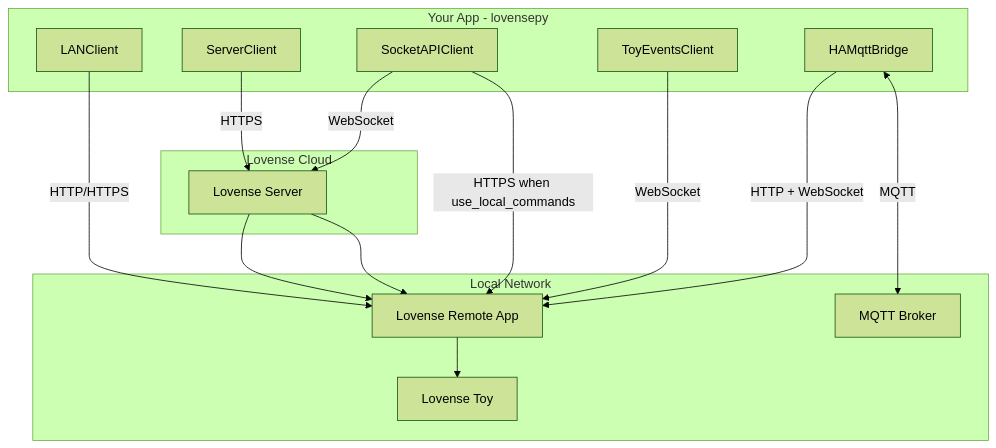
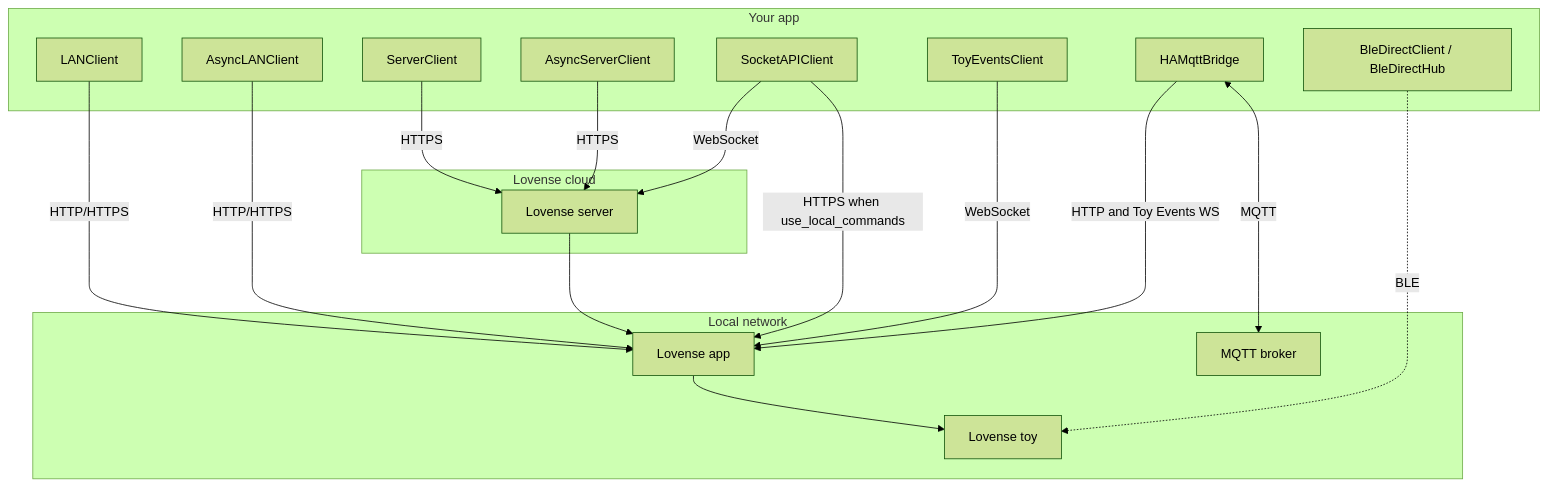
The diagram in README.md (koval01/pylove), drawn with Mermaid (forest theme) before and after one commit. The commit also changed other lines of this file and 88 other files, not shown here.

````diff
--- a/README.md
+++ b/README.md
@@ -124,35 +37,41 @@
 ```mermaid
 flowchart TB
-    subgraph YourApp [Your App - lovensepy]
+    subgraph yourCode [Your app]
         LANClient
+        AsyncLANClient
         ServerClient
+        AsyncServerClient
         SocketAPIClient
         ToyEventsClient
+        BleDirect[BleDirectClient / BleDirectHub]
         HAMqttBridge
     end
 
-    subgraph Local [Local Network]
-        RemoteApp[Lovense Remote App]
-        Toy[Lovense Toy]
-        MQTTBroker[MQTT Broker]
+    subgraph localNet [Local network]
+        RemoteApp[Lovense app]
+        Toy[Lovense toy]
+        MQTTBroker[MQTT broker]
     end
 
-    subgraph Cloud [Lovense Cloud]
-        LovenseServer[Lovense Server]
+    subgraph cloudLayer [Lovense cloud]
+        LovenseServer[Lovense server]
     end
 
     LANClient -->|"HTTP/HTTPS"| RemoteApp
+    AsyncLANClient -->|"HTTP/HTTPS"| RemoteApp
     RemoteApp --> Toy
 
     ServerClient -->|"HTTPS"| LovenseServer
+    AsyncServerClient -->|"HTTPS"| LovenseServer
     LovenseServer --> RemoteApp
 
     SocketAPIClient -->|"WebSocket"| LovenseServer
     SocketAPIClient -->|"HTTPS when use_local_commands"| RemoteApp
-    LovenseServer --> RemoteApp
 
     ToyEventsClient -->|"WebSocket"| RemoteApp
 
-    HAMqttBridge -->|"HTTP + WebSocket"| RemoteApp
+    HAMqttBridge -->|"HTTP and Toy Events WS"| RemoteApp
     HAMqttBridge <-->|"MQTT"| MQTTBroker
+
+    BleDirect -.->|"BLE"| Toy
 ```
````
